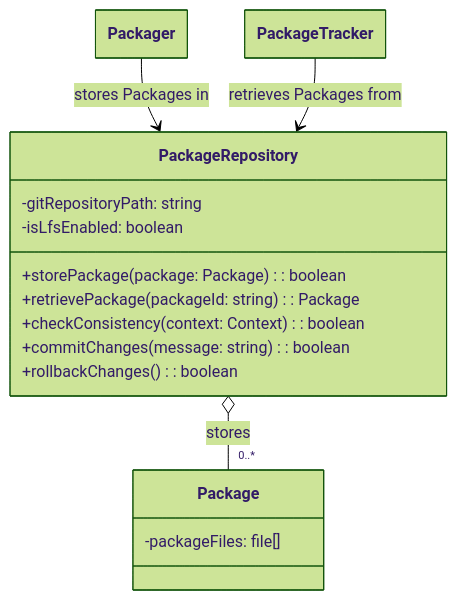
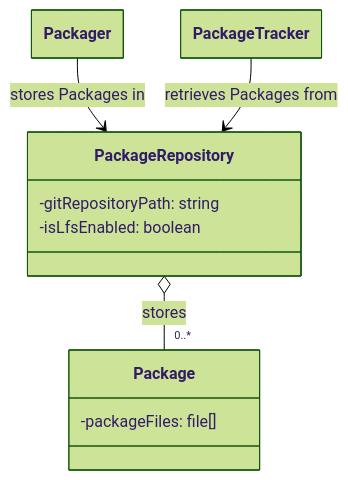
The fourth of 5 diagrams in docs/architecture.md (bacpack-system/bacpack-system.github.io), drawn with Mermaid (forest theme) before and after one commit. The commit also changed other lines of this file and 1 other file, not shown here.

````diff
--- a/docs/architecture.md
+++ b/docs/architecture.md
@@ -155,33 +160,28 @@
 ```mermaid
 ---
   config:
     class:
       hideEmptyMembersBox: true
 ---
 classDiagram
     class PackageRepository {
       -gitRepositoryPath: string
       -isLfsEnabled: boolean
-      +storePackage(package: Package): boolean
-      +retrievePackage(packageId: string): Package
-      +checkConsistency(context: Context): boolean
-      +commitChanges(message: string): boolean
-      +rollbackChanges(): boolean
     }
     class Package {
       -packageFiles: file[]
     }
 
     %% CORE RELATIONSHIPS
 
     %% Packager uses PackageRepository (Association)
     Packager --> PackageRepository : stores Packages in
 
     %% PackageRepository aggregates Packages (Aggregation - packages are stored independently)
     PackageRepository o-- "0..*" Package : stores
 
     %% EXAMPLE USAGE RELATIONSHIPS
 
     %% PackageTracker interacts with repository and creates sysroot (Association)
     PackageTracker --> PackageRepository : retrieves Packages from
 ```
````
